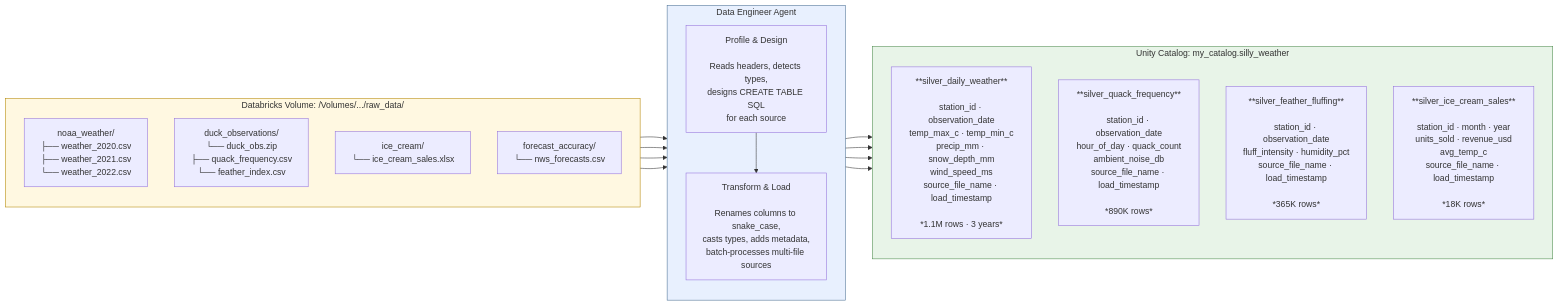
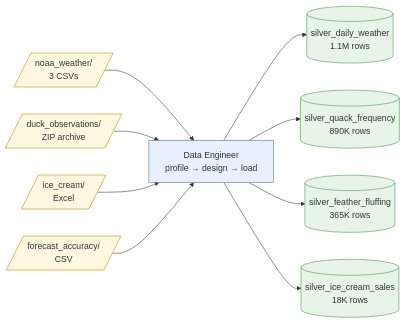
One commit to jweinberg-a2a/versifai-data-agents changed the fourth of 5 diagrams in docs/tutorial-silly-weather.md. Above: the diagram before and after it, drawn with Mermaid. The commit also changed other lines of this file and 4 other files, not shown here.

Commit message:
diagrams fixed

````diff
--- a/docs/tutorial-silly-weather.md
+++ b/docs/tutorial-silly-weather.md
@@ -654,38 +587,21 @@
 ```mermaid
 flowchart LR
-    subgraph volume["Databricks Volume: /Volumes/.../raw_data/"]
-        direction TB
-        F1["noaa_weather/<br>├── weather_2020.csv<br>├── weather_2021.csv<br>└── weather_2022.csv"]
-        F2["duck_observations/<br>└── duck_obs.zip<br>    ├── quack_frequency.csv<br>    └── feather_index.csv"]
-        F3["ice_cream/<br>└── ice_cream_sales.xlsx"]
-        F4["forecast_accuracy/<br>└── nws_forecasts.csv"]
-    end
+    F1[/"noaa_weather/<br>3 CSVs"/] --> ENG["Data Engineer<br>profile → design → load"]
+    F2[/"duck_observations/<br>ZIP archive"/] --> ENG
+    F3[/"ice_cream/<br>Excel"/] --> ENG
+    F4[/"forecast_accuracy/<br>CSV"/] --> ENG
+    ENG --> T1[("silver_daily_weather<br>1.1M rows")]
+    ENG --> T2[("silver_quack_frequency<br>890K rows")]
+    ENG --> T3[("silver_feather_fluffing<br>365K rows")]
+    ENG --> T4[("silver_ice_cream_sales<br>18K rows")]
 
-    subgraph engineer["Data Engineer Agent"]
-        direction TB
-        PROFILE["Profile & Design<br><br>Reads headers, detects types,<br>designs CREATE TABLE SQL<br>for each source"]
-        TRANSFORM["Transform & Load<br><br>Renames columns to snake_case,<br>casts types, adds metadata,<br>batch-processes multi-file sources"]
-    end
-
-    subgraph catalog["Unity Catalog: my_catalog.silly_weather"]
-        direction TB
-        T1["**silver_daily_weather**<br><br>station_id · observation_date<br>temp_max_c · temp_min_c<br>precip_mm · snow_depth_mm<br>wind_speed_ms<br>source_file_name · load_timestamp<br><br>*1.1M rows · 3 years*"]
-        T2["**silver_quack_frequency**<br><br>station_id · observation_date<br>hour_of_day · quack_count<br>ambient_noise_db<br>source_file_name · load_timestamp<br><br>*890K rows*"]
-        T3["**silver_feather_fluffing**<br><br>station_id · observation_date<br>fluff_intensity · humidity_pct<br>source_file_name · load_timestamp<br><br>*365K rows*"]
-        T4["**silver_ice_cream_sales**<br><br>station_id · month · year<br>units_sold · revenue_usd<br>avg_temp_c<br>source_file_name · load_timestamp<br><br>*18K rows*"]
-    end
-
-    F1 --> PROFILE
-    F2 --> PROFILE
-    F3 --> PROFILE
-    F4 --> PROFILE
-    PROFILE --> TRANSFORM
-    TRANSFORM --> T1
-    TRANSFORM --> T2
-    TRANSFORM --> T3
-    TRANSFORM --> T4
-
-    style volume fill:#fff8e1,stroke:#b38600
-    style engineer fill:#e8f0fe,stroke:#4a6f93
-    style catalog fill:#e8f4e8,stroke:#4a8a4a
+    style F1 fill:#fff8e1,stroke:#b38600
+    style F2 fill:#fff8e1,stroke:#b38600
+    style F3 fill:#fff8e1,stroke:#b38600
+    style F4 fill:#fff8e1,stroke:#b38600
+    style ENG fill:#e8f0fe,stroke:#4a6f93
+    style T1 fill:#e8f4e8,stroke:#4a8a4a
+    style T2 fill:#e8f4e8,stroke:#4a8a4a
+    style T3 fill:#e8f4e8,stroke:#4a8a4a
+    style T4 fill:#e8f4e8,stroke:#4a8a4a
 ```
````
